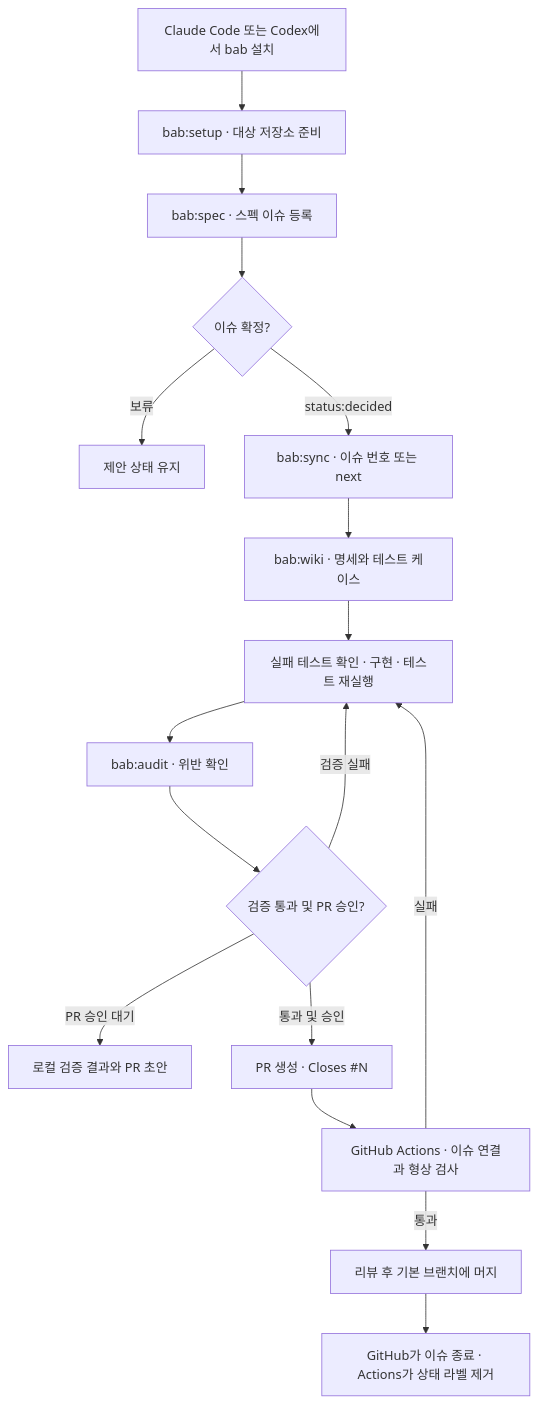
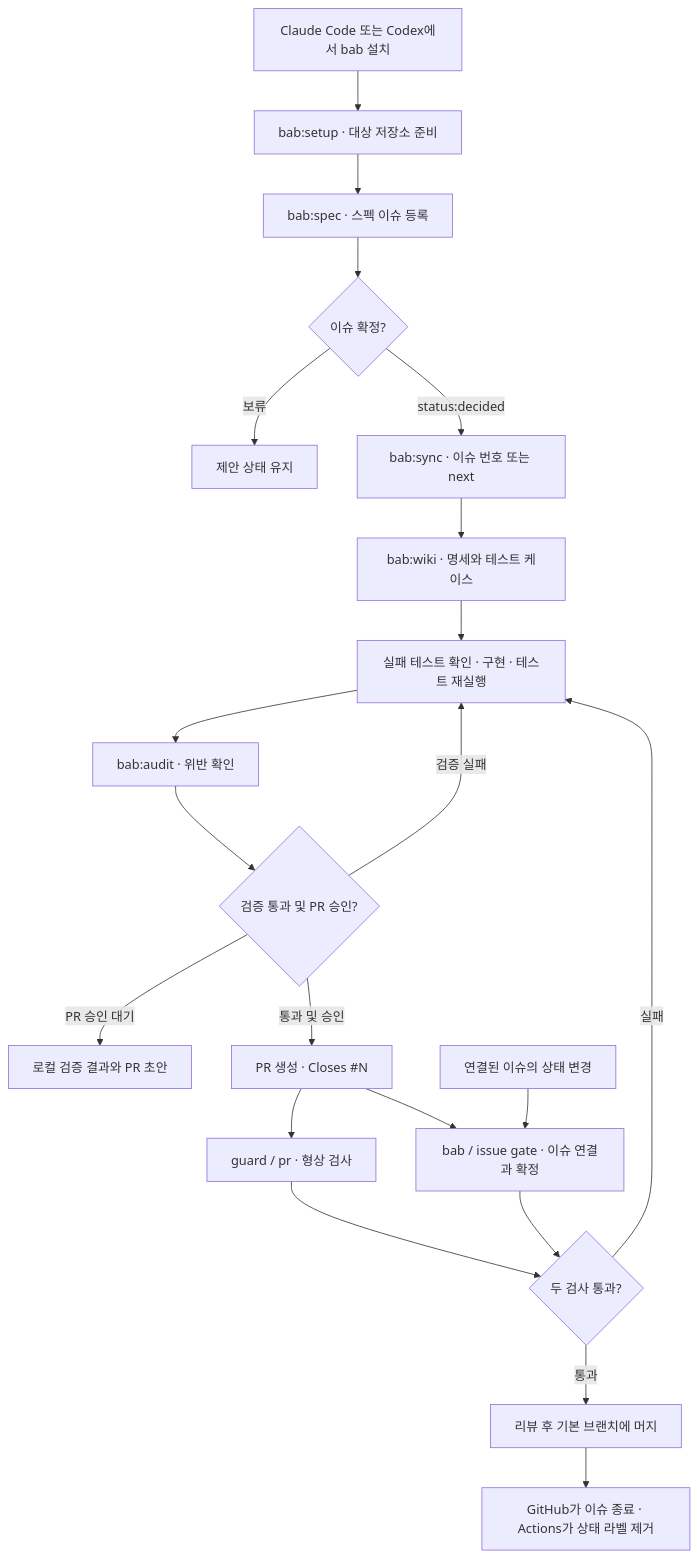
One commit to freevue/bab-skill changed the diagram in docs/workflow.md. Above: the diagram before and after it, drawn with Mermaid. The commit also changed other lines of this file and 11 other files, not shown here.

````diff
--- a/docs/workflow.md
+++ b/docs/workflow.md
@@ -20,19 +20,23 @@
 ```mermaid
 flowchart TD
   install["Claude Code 또는 Codex에서 bab 설치"] --> setup["bab:setup · 대상 저장소 준비"]
   setup --> spec["bab:spec · 스펙 이슈 등록"]
   spec --> decide{"이슈 확정?"}
   decide -->|보류| proposed["제안 상태 유지"]
   decide -->|status:decided| sync["bab:sync · 이슈 번호 또는 next"]
   sync --> wiki["bab:wiki · 명세와 테스트 케이스"]
   wiki --> implementation["실패 테스트 확인 · 구현 · 테스트 재실행"]
   implementation --> audit["bab:audit · 위반 확인"]
   audit --> publish{"검증 통과 및 PR 승인?"}
   publish -->|검증 실패| implementation
   publish -->|PR 승인 대기| local["로컬 검증 결과와 PR 초안"]
   publish -->|통과 및 승인| pr["PR 생성 · Closes #N"]
-  pr --> guard["GitHub Actions · 이슈 연결과 형상 검사"]
+  pr --> shape["guard / pr · 형상 검사"]
+  pr --> gate["bab / issue gate · 이슈 연결과 확정"]
+  state["연결된 이슈의 상태 변경"] --> gate
+  shape --> guard{"두 검사 통과?"}
+  gate --> guard
   guard -->|실패| implementation
   guard -->|통과| review["리뷰 후 기본 브랜치에 머지"]
   review --> closed["GitHub가 이슈 종료 · Actions가 상태 라벨 제거"]
 ```
````
